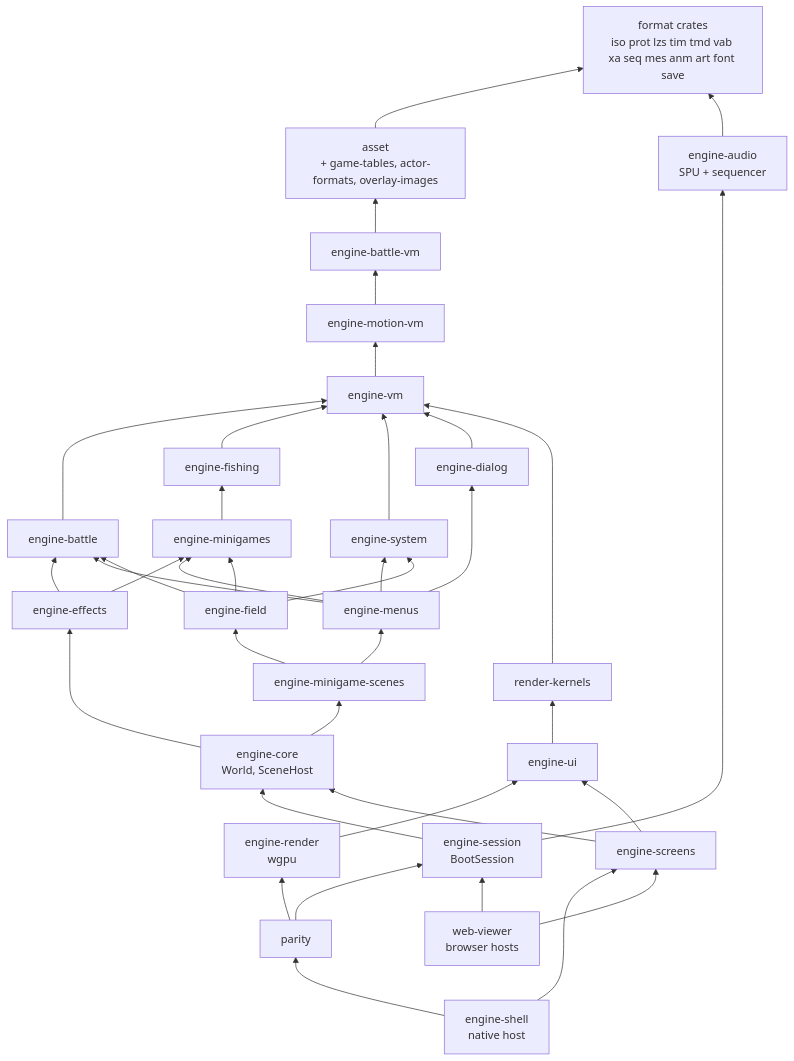
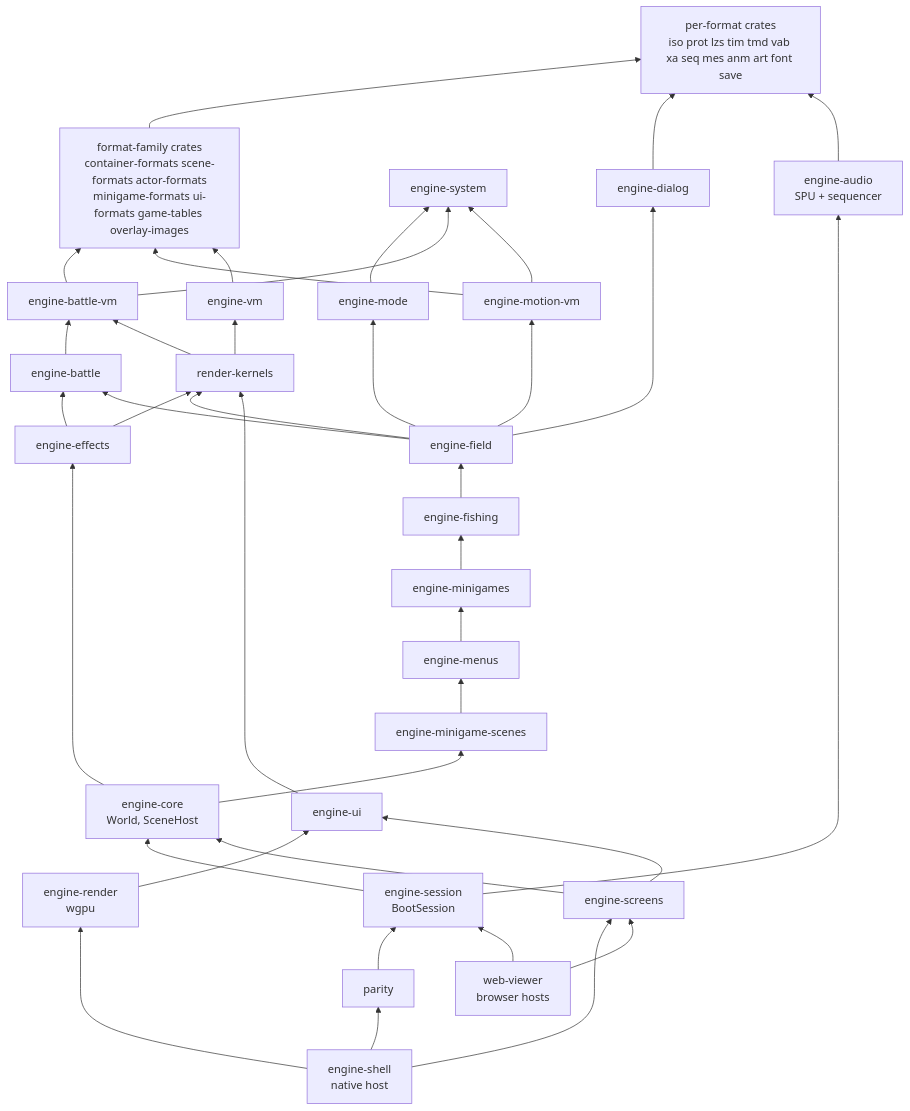
The first of 4 diagrams in docs/subsystems/engine.md (AndrewAltimit/legend-of-legaia-re), drawn with Mermaid before and after one commit. The commit also changed other lines of this file and 301 other files, not shown here.

````diff
--- a/docs/subsystems/engine.md
+++ b/docs/subsystems/engine.md
@@ -39,64 +39,66 @@
 ```mermaid
 flowchart BT
-    FMT["format crates<br/>iso prot lzs tim tmd vab xa seq mes anm art font save"]
-    ASSET["asset<br/>+ game-tables, actor-formats, overlay-images"]
+    FMT["per-format crates<br/>iso prot lzs tim tmd vab xa seq mes anm art font save"]
+    FAM["format-family crates<br/>container-formats scene-formats actor-formats<br/>minigame-formats ui-formats game-tables overlay-images"]
+    ESYS["engine-system"]
+    EMODE["engine-mode"]
+    EDLG["engine-dialog"]
     EBV["engine-battle-vm"]
     EMV["engine-motion-vm"]
     EVM["engine-vm"]
     EB["engine-battle"]
+    RK["render-kernels"]
+    EFX["engine-effects"]
+    EFIELD["engine-field"]
     EFISH["engine-fishing"]
     EMG["engine-minigames"]
-    ESYS["engine-system"]
-    EDLG["engine-dialog"]
-    EFX["engine-effects"]
     EMENU["engine-menus"]
-    EFIELD["engine-field"]
     EMGS["engine-minigame-scenes"]
     CORE["engine-core<br/>World, SceneHost"]
-    RK["render-kernels"]
     EUI["engine-ui"]
     EREN["engine-render<br/>wgpu"]
     EAUD["engine-audio<br/>SPU + sequencer"]
     SESS["engine-session<br/>BootSession"]
     SCR["engine-screens"]
     PAR["parity"]
     SHELL["engine-shell<br/>native host"]
     WEB["web-viewer<br/>browser hosts"]
 
-    ASSET --> FMT
-    EBV --> ASSET
-    EMV --> EBV
-    EVM --> EMV
-    EB --> EVM
-    EFISH --> EVM
-    ESYS --> EVM
-    EDLG --> EVM
+    FAM --> FMT
+    EDLG --> FMT
+    EMODE --> ESYS
+    EBV --> ESYS
+    EBV --> FAM
+    EMV --> ESYS
+    EMV --> FAM
+    EVM --> FAM
+    EB --> EBV
+    RK --> EBV
     RK --> EVM
+    EFX --> RK
+    EFX --> EB
+    EFIELD --> EMODE
+    EFIELD --> EMV
+    EFIELD --> EDLG
+    EFIELD --> RK
+    EFIELD --> EB
+    EFISH --> EFIELD
     EMG --> EFISH
-    EFX --> EB
-    EFX --> EMG
-    EMENU --> EDLG
-    EMENU --> ESYS
-    EMENU --> EB
     EMENU --> EMG
-    EFIELD --> ESYS
-    EFIELD --> EB
-    EFIELD --> EMG
     EMGS --> EMENU
-    EMGS --> EFIELD
     CORE --> EFX
     CORE --> EMGS
     EUI --> RK
     EREN --> EUI
     EAUD --> FMT
     SESS --> CORE
     SESS --> EAUD
     SCR --> CORE
     SCR --> EUI
     PAR --> SESS
-    PAR --> EREN
     SHELL --> PAR
     SHELL --> SCR
+    SHELL --> EREN
     WEB --> SESS
     WEB --> SCR
 ```
````
